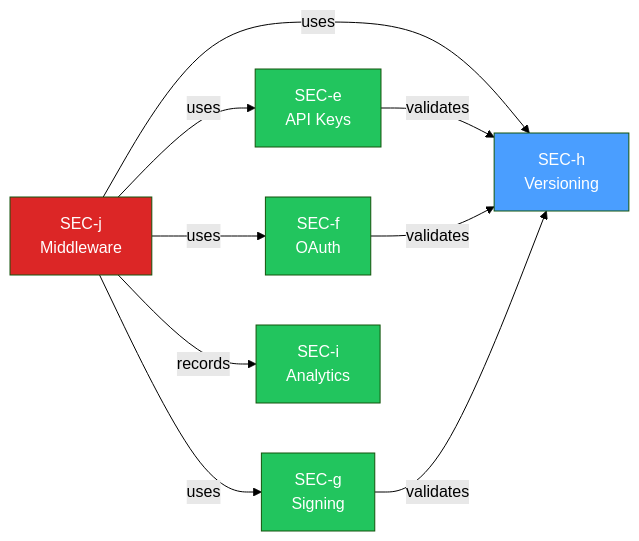
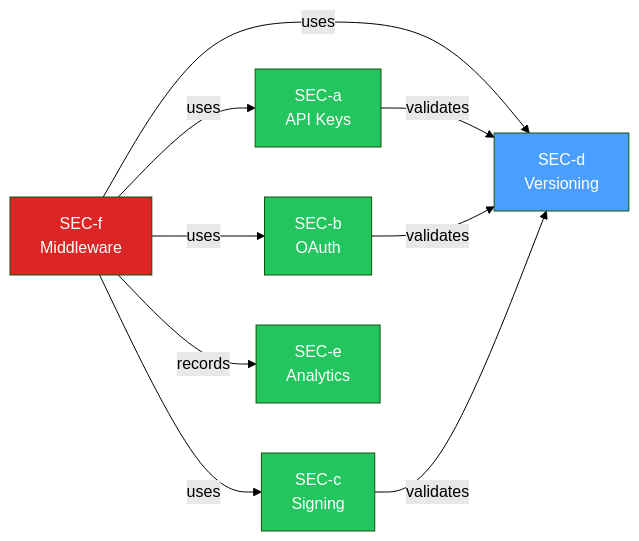
Before and after one commit to southpawriter02/lexichord: the second of 7 diagrams in docs/specs/v0.11.x/v0.11.5/LCS-DES-v0.11.5-SEC-INDEX.md, drawn with Mermaid (forest theme). The commit also changed other lines of this file and 74 other files, not shown here.

````diff
--- a/docs/specs/v0.11.x/v0.11.5/LCS-DES-v0.11.5-SEC-INDEX.md
+++ b/docs/specs/v0.11.x/v0.11.5/LCS-DES-v0.11.5-SEC-INDEX.md
@@ -101,25 +101,25 @@
 ```mermaid
 graph LR
-    e["SEC-e<br/>API Keys"]
-    f["SEC-f<br/>OAuth"]
-    g["SEC-g<br/>Signing"]
-    h["SEC-h<br/>Versioning"]
-    i["SEC-i<br/>Analytics"]
-    j["SEC-j<br/>Middleware"]
+    a["SEC-a<br/>API Keys"]
+    b["SEC-b<br/>OAuth"]
+    c["SEC-c<br/>Signing"]
+    d["SEC-d<br/>Versioning"]
+    e["SEC-e<br/>Analytics"]
+    f["SEC-f<br/>Middleware"]
 
-    j -->|uses| e
-    j -->|uses| f
-    j -->|uses| g
-    j -->|uses| h
-    j -->|records| i
-    e -->|validates| h
-    f -->|validates| h
-    g -->|validates| h
+    f -->|uses| a
+    f -->|uses| b
+    f -->|uses| c
+    f -->|uses| d
+    f -->|records| e
+    a -->|validates| d
+    b -->|validates| d
+    c -->|validates| d
 
+    style a fill:#22c55e,color:#fff
+    style b fill:#22c55e,color:#fff
+    style c fill:#22c55e,color:#fff
+    style d fill:#4a9eff,color:#fff
     style e fill:#22c55e,color:#fff
-    style f fill:#22c55e,color:#fff
-    style g fill:#22c55e,color:#fff
-    style h fill:#4a9eff,color:#fff
-    style i fill:#22c55e,color:#fff
-    style j fill:#dc2626,color:#fff
+    style f fill:#dc2626,color:#fff
 ```
````
